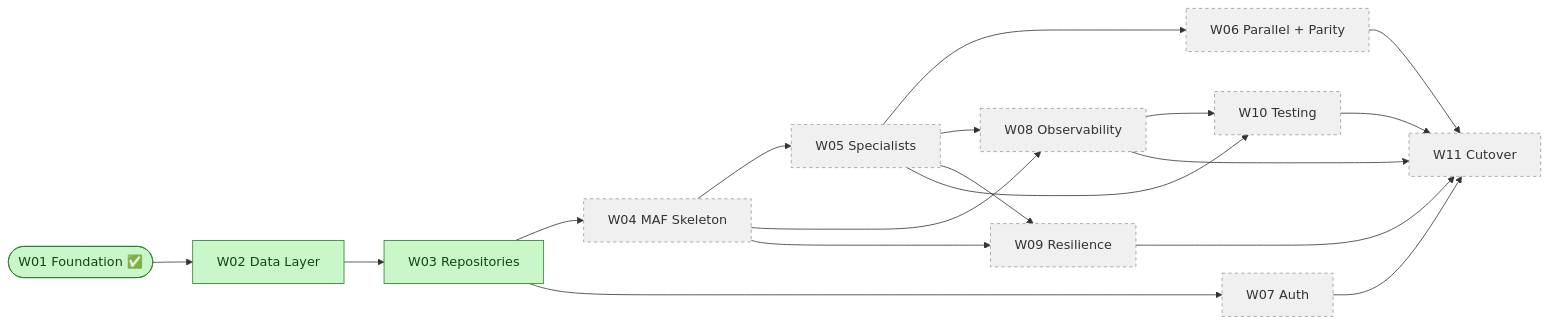
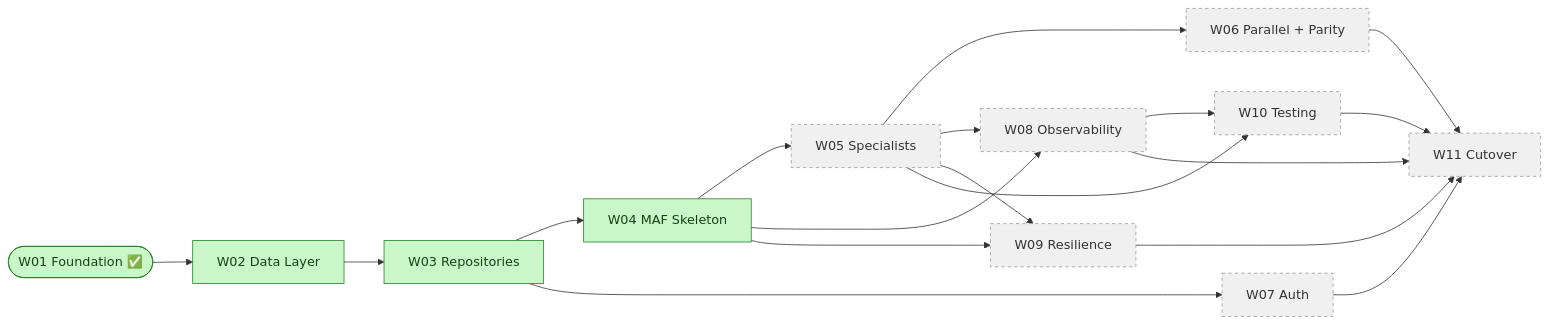
Before and after one commit to nandyap/EPG-MAF: the diagram in docs/workstreams/workstream-log.md, drawn with Mermaid. The commit also changed other lines of this file and 28 other files, not shown here.

````diff
--- a/docs/workstreams/workstream-log.md
+++ b/docs/workstreams/workstream-log.md
@@ -57,23 +57,24 @@
 ```mermaid
 flowchart LR
     W01([W01 Foundation ✅]) --> W02[W02 Data Layer]
     W02 --> W03[W03 Repositories]
     W03 --> W04[W04 MAF Skeleton]
     W04 --> W05[W05 Specialists]
     W05 --> W06[W06 Parallel + Parity]
     W03 --> W07[W07 Auth]
     W04 --> W08[W08 Observability]
     W05 --> W08
     W04 --> W09[W09 Resilience]
     W05 --> W09
     W05 --> W10[W10 Testing]
     W08 --> W10
     W06 & W07 & W08 & W09 & W10 --> W11[W11 Cutover]
 
     classDef done fill:#c9f7c9,stroke:#2a7f2a,color:#154315
     classDef pending fill:#f0f0f0,stroke:#999,stroke-dasharray:4 4
     class W01 done
     class W02 done
     class W03 done
-    class W04,W05,W06,W07,W08,W09,W10,W11 pending
+    class W04 done
+    class W05,W06,W07,W08,W09,W10,W11 pending
 ```
````
